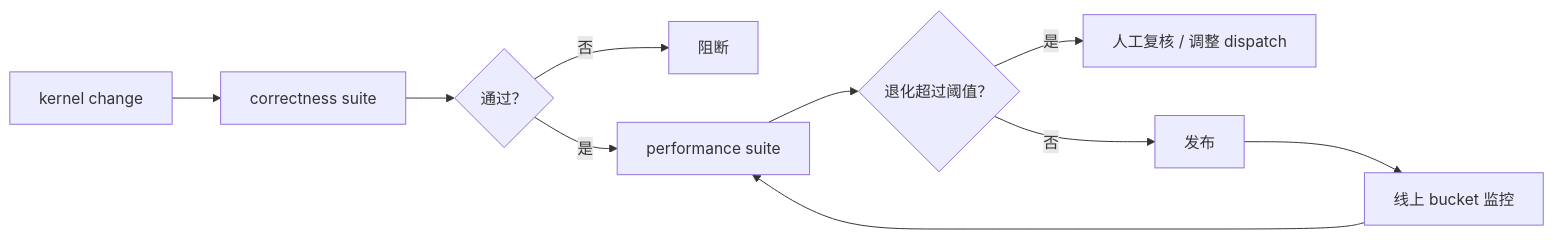
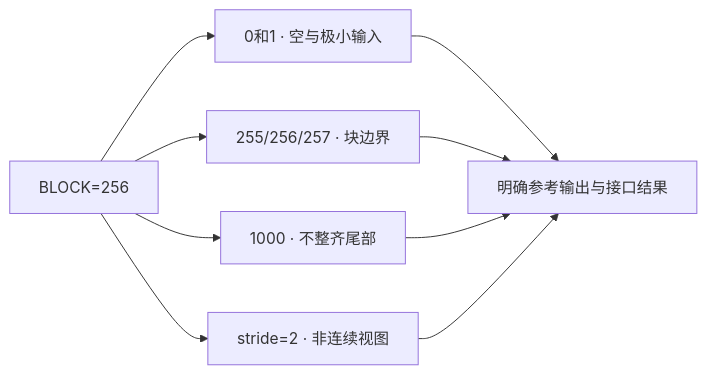
One commit to Charles2530/Charles-AI-notes changed the diagram in files/operators/testing-regression-and-maintenance.md. Above: the diagram before and after it, drawn with Mermaid. The commit also changed other lines of this file and 954 other files, not shown here.

````diff
--- a/files/operators/testing-regression-and-maintenance.md
+++ b/files/operators/testing-regression-and-maintenance.md
@@ -66,12 +12,11 @@
 ```mermaid
 flowchart LR
-    A["kernel change"] --> B["correctness suite"]
-    B --> C{"通过？"}
-    C -- "否" --> D["阻断"]
-    C -- "是" --> E["performance suite"]
-    E --> F{"退化超过阈值？"}
-    F -- "是" --> G["人工复核 / 调整 dispatch"]
-    F -- "否" --> H["发布"]
-    H --> I["线上 bucket 监控"]
-    I --> E
+  B["BLOCK=256"] --> A["0和1 · 空与极小输入"]
+  B --> C["255/256/257 · 块边界"]
+  B --> D["1000 · 不整齐尾部"]
+  B --> E["stride=2 · 非连续视图"]
+  A --> R["明确参考输出与接口结果"]
+  C --> R
+  D --> R
+  E --> R
 ```
````
